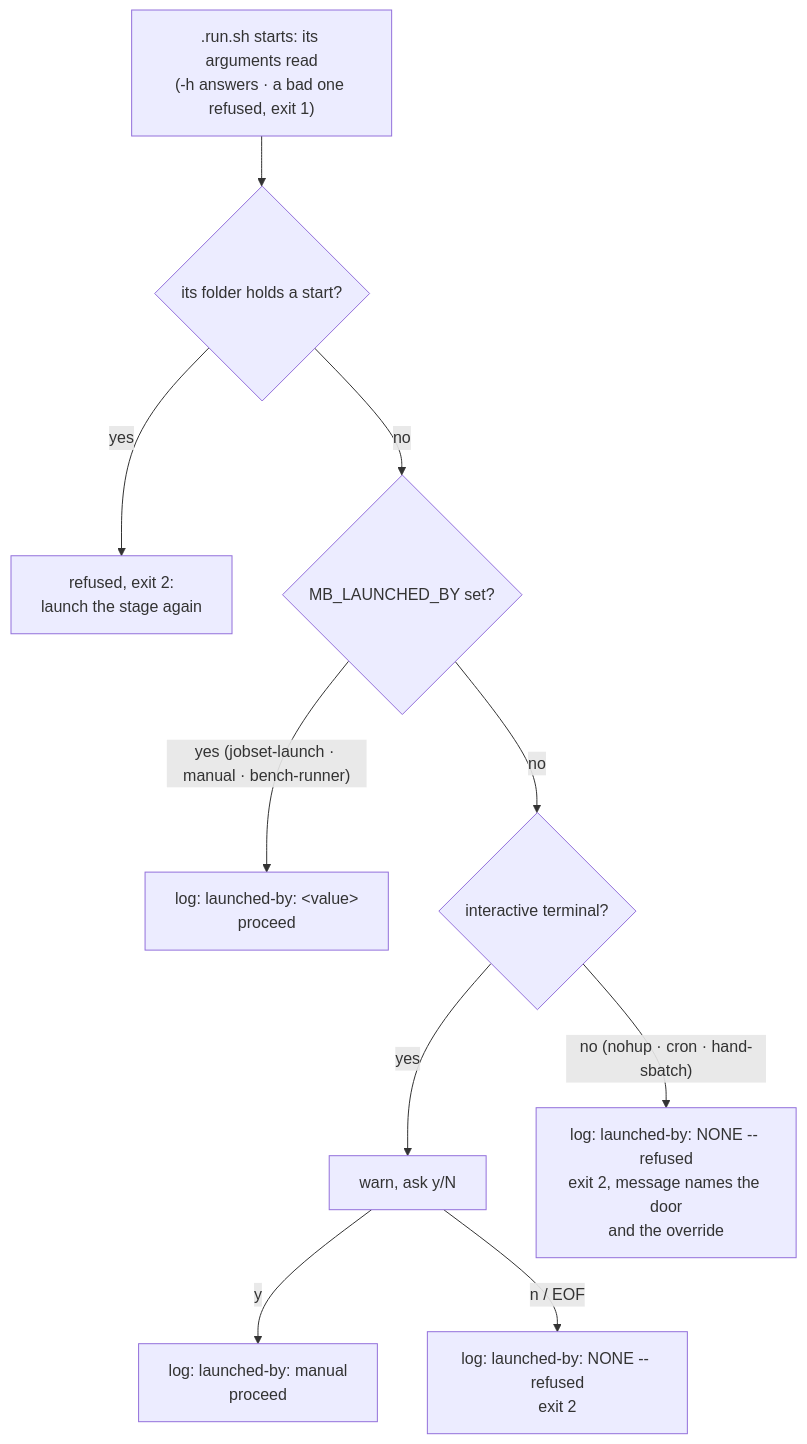
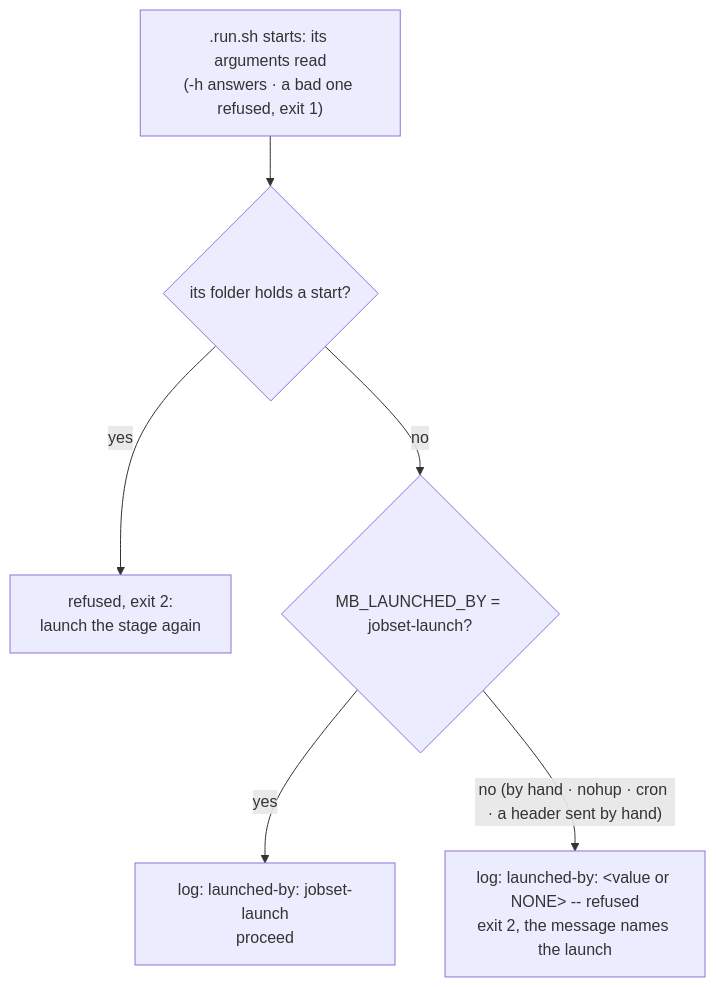
Before and after one commit to Qing-LAB/molbuilder: the fifth of 6 diagrams in docs/execution/running-a-job.md, drawn with Mermaid. The commit also changed other lines of this file and 47 other files, not shown here.

First line of the commit message:
2.61.0: a run's end known wherever it runs; older runs read again; only jobset launch starts a run

````diff
--- a/docs/execution/running-a-job.md
+++ b/docs/execution/running-a-job.md
@@ -1219,12 +1264,8 @@
 ```mermaid
 flowchart TD
     A0[".run.sh starts: its arguments read<br/>(-h answers · a bad one refused, exit 1)"] --> A1{"its folder holds a start?"}
     A1 -- yes --> A2["refused, exit 2:<br/>launch the stage again"]
-    A1 -- no --> B{"MB_LAUNCHED_BY set?"}
-    B -- "yes (jobset-launch · manual · bench-runner)" --> C["log: launched-by: &lt;value&gt;<br/>proceed"]
-    B -- no --> D{"interactive terminal?"}
-    D -- yes --> E["warn, ask y/N"]
-    E -- y --> C2["log: launched-by: manual<br/>proceed"]
-    E -- "n / EOF" --> F["log: launched-by: NONE -- refused<br/>exit 2"]
-    D -- "no (nohup · cron · hand-sbatch)" --> G["log: launched-by: NONE -- refused<br/>exit 2, message names the door<br/>and the override"]
+    A1 -- no --> B{"MB_LAUNCHED_BY = jobset-launch?"}
+    B -- yes --> C["log: launched-by: jobset-launch<br/>proceed"]
+    B -- "no (by hand · nohup · cron · a header sent by hand)" --> G["log: launched-by: &lt;value or NONE&gt; -- refused<br/>exit 2, the message names the launch"]
 ```
````
